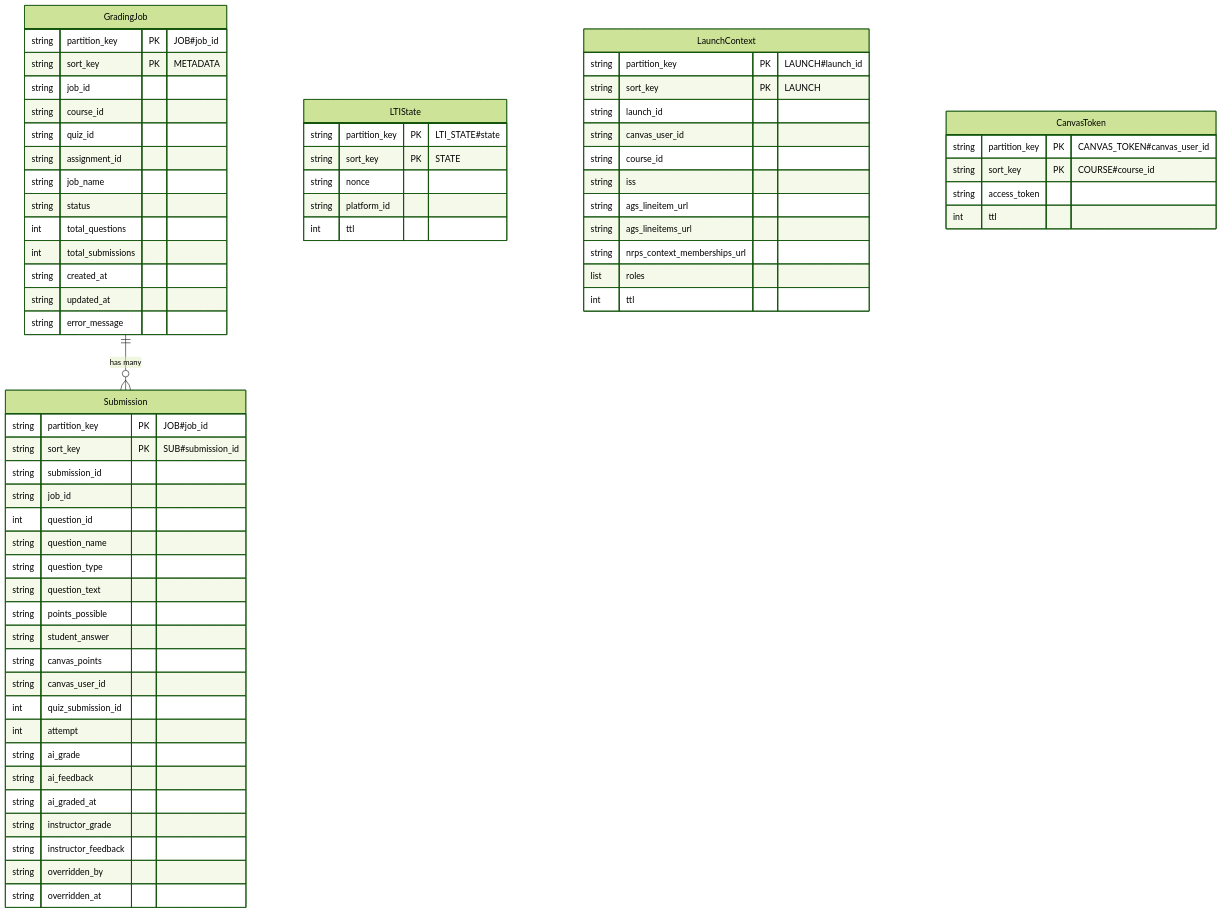
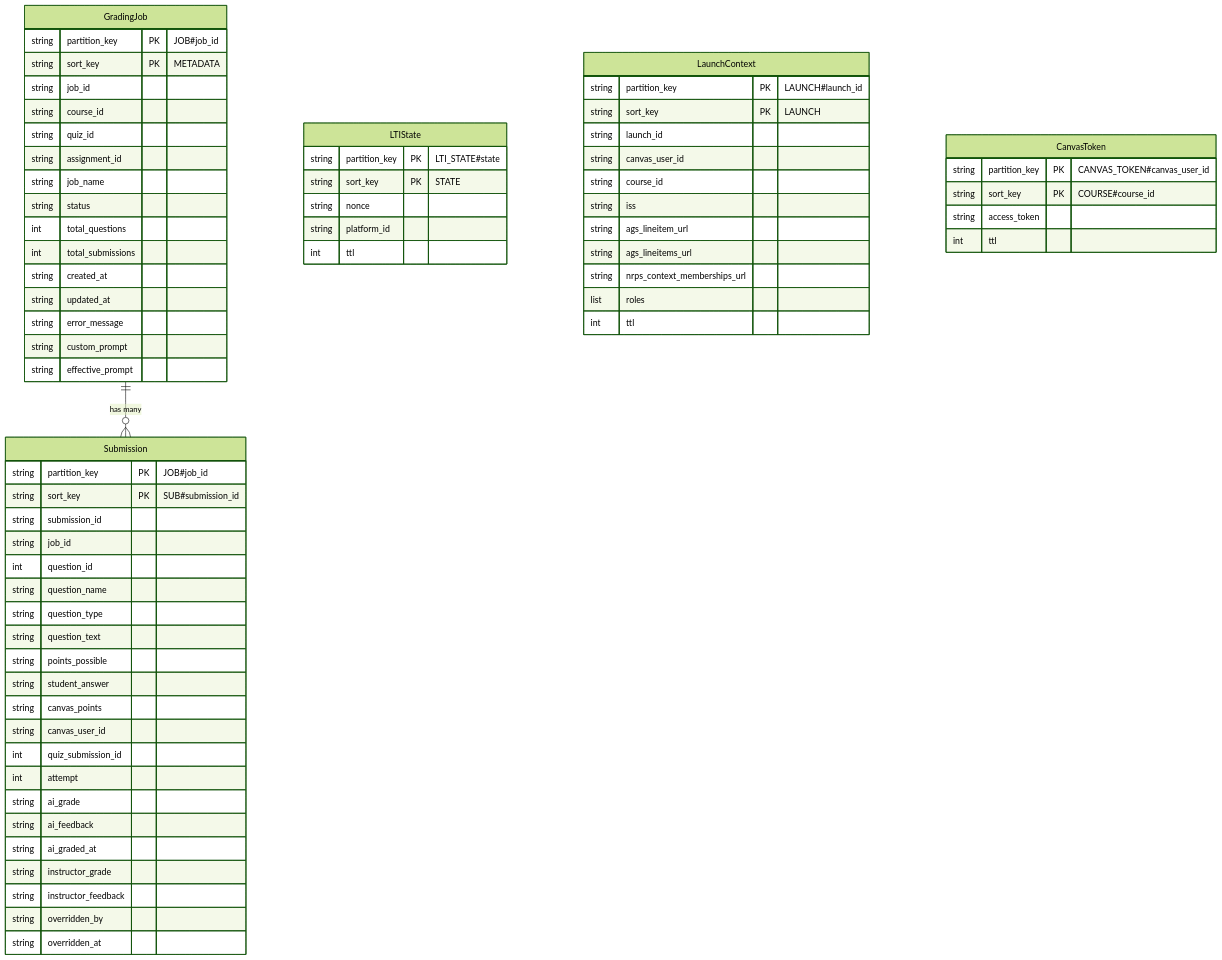
Before and after one commit to UBCForestryTLS/grading-helper-service: the diagram in docs/data-models/index.md, drawn with Mermaid (forest theme). The commit also changed other lines of this file and 1 other file, not shown here.

````diff
--- a/docs/data-models/index.md
+++ b/docs/data-models/index.md
@@ -9,73 +9,75 @@
 ```mermaid
 erDiagram
     GradingJob {
         string partition_key PK "JOB#job_id"
         string sort_key PK "METADATA"
         string job_id
         string course_id
         string quiz_id
         string assignment_id
         string job_name
         string status
         int total_questions
         int total_submissions
         string created_at
         string updated_at
         string error_message
+        string custom_prompt
+        string effective_prompt
     }
 
     Submission {
         string partition_key PK "JOB#job_id"
         string sort_key PK "SUB#submission_id"
         string submission_id
         string job_id
         int question_id
         string question_name
         string question_type
         string question_text
         string points_possible
         string student_answer
         string canvas_points
         string canvas_user_id
         int quiz_submission_id
         int attempt
         string ai_grade
         string ai_feedback
         string ai_graded_at
         string instructor_grade
         string instructor_feedback
         string overridden_by
         string overridden_at
     }
 
     LTIState {
         string partition_key PK "LTI_STATE#state"
         string sort_key PK "STATE"
         string nonce
         string platform_id
         int ttl
     }
 
     LaunchContext {
         string partition_key PK "LAUNCH#launch_id"
         string sort_key PK "LAUNCH"
         string launch_id
         string canvas_user_id
         string course_id
         string iss
         string ags_lineitem_url
         string ags_lineitems_url
         string nrps_context_memberships_url
         list roles
         int ttl
     }
 
     CanvasToken {
         string partition_key PK "CANVAS_TOKEN#canvas_user_id"
         string sort_key PK "COURSE#course_id"
         string access_token
         int ttl
     }
 
     GradingJob ||--o{ Submission : "has many"
 ```
````
